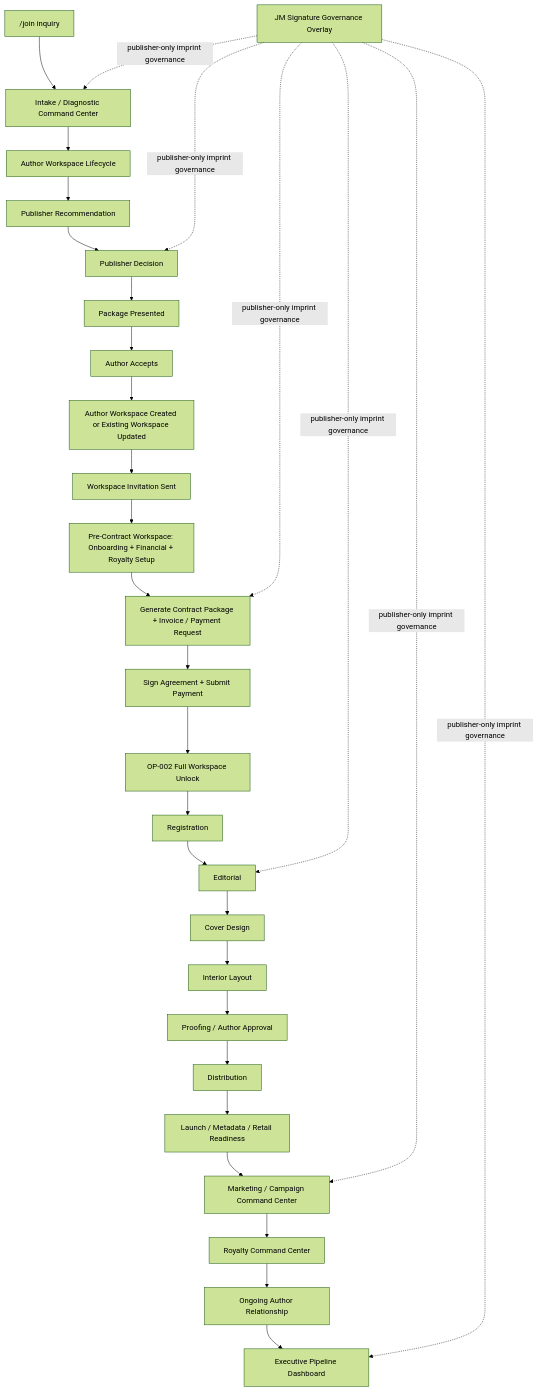
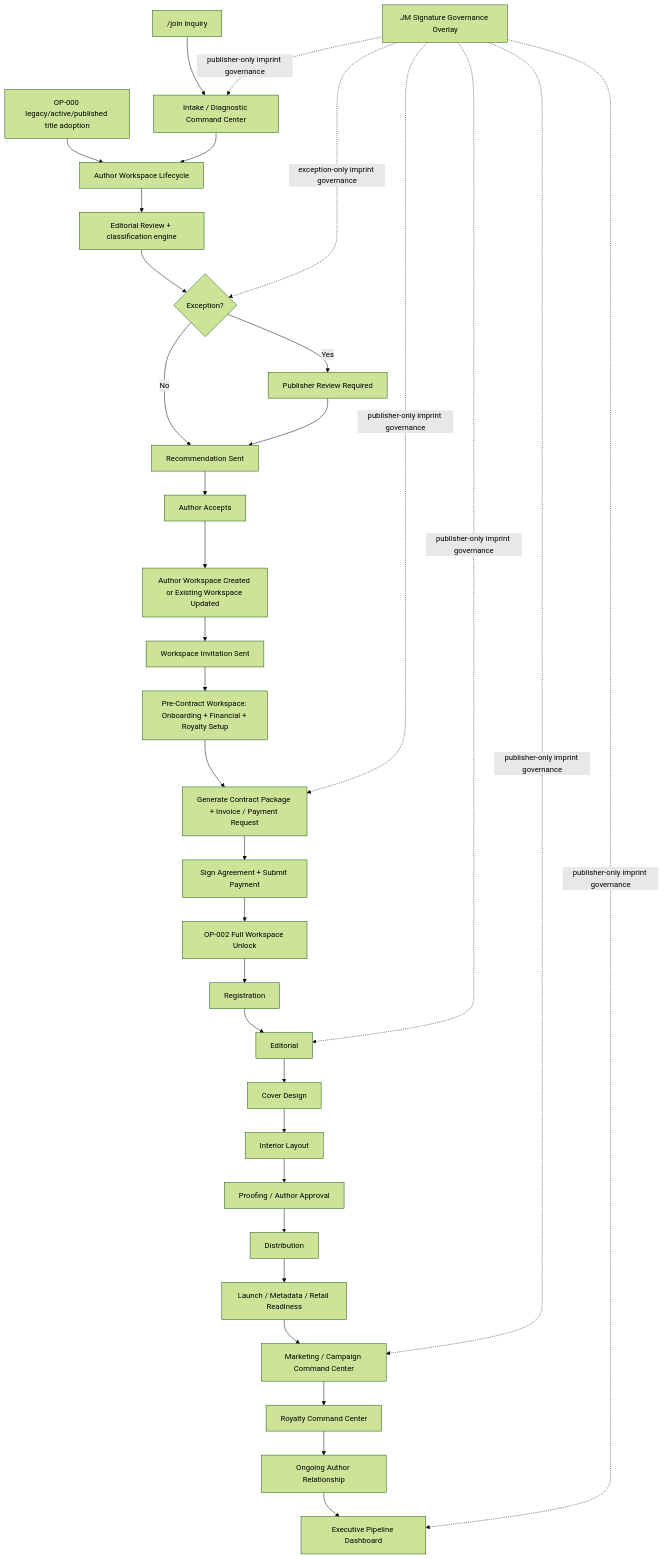
The diagram in docs/implementation/PROGRAM-002-Autonomous-Publishing-Production-Pipeline.md (jmerrillorg/jmerrill-pub), drawn with Mermaid (forest theme) before and after one commit. The commit also changed other lines of this file and 12 other files, not shown here.

Commit message:
Add OP-000 adoption and exception-driven OP-005

````diff
--- a/docs/implementation/PROGRAM-002-Autonomous-Publishing-Production-Pipeline.md
+++ b/docs/implementation/PROGRAM-002-Autonomous-Publishing-Production-Pipeline.md
@@ -90,32 +93,35 @@
 ```mermaid
 flowchart TD
     A["/join inquiry"] --> B["Intake / Diagnostic Command Center"]
+    Z["OP-000 legacy/active/published title adoption"] --> C
     B --> C["Author Workspace Lifecycle"]
-    C --> D["Publisher Recommendation"]
-    D --> E["Publisher Decision"]
-    E --> F["Package Presented"]
+    C --> D["Editorial Review + classification engine"]
+    D --> E{"Exception?"}
+    E -->|"No"| F["Recommendation Sent"]
+    E -->|"Yes"| G0["Publisher Review Required"]
+    G0 --> F
     F --> G["Author Accepts"]
     G --> H["Author Workspace Created or Existing Workspace Updated"]
     H --> I["Workspace Invitation Sent"]
     I --> J["Pre-Contract Workspace: Onboarding + Financial + Royalty Setup"]
     J --> K["Generate Contract Package + Invoice / Payment Request"]
     K --> L["Sign Agreement + Submit Payment"]
     L --> M["OP-002 Full Workspace Unlock"]
     M --> N["Registration"]
     N --> O["Editorial"]
     O --> P["Cover Design"]
     P --> Q["Interior Layout"]
     Q --> S["Proofing / Author Approval"]
     S --> T["Distribution"]
     T --> U["Launch / Metadata / Retail Readiness"]
     U --> V["Marketing / Campaign Command Center"]
     V --> W["Royalty Command Center"]
     W --> X["Ongoing Author Relationship"]
     X --> Y["Executive Pipeline Dashboard"]
     R["JM Signature Governance Overlay"] -. "publisher-only imprint governance" .-> B
-    R -. "publisher-only imprint governance" .-> E
+    R -. "exception-only imprint governance" .-> E
     R -. "publisher-only imprint governance" .-> K
     R -. "publisher-only imprint governance" .-> O
     R -. "publisher-only imprint governance" .-> V
     R -. "publisher-only imprint governance" .-> Y
 ```
````
